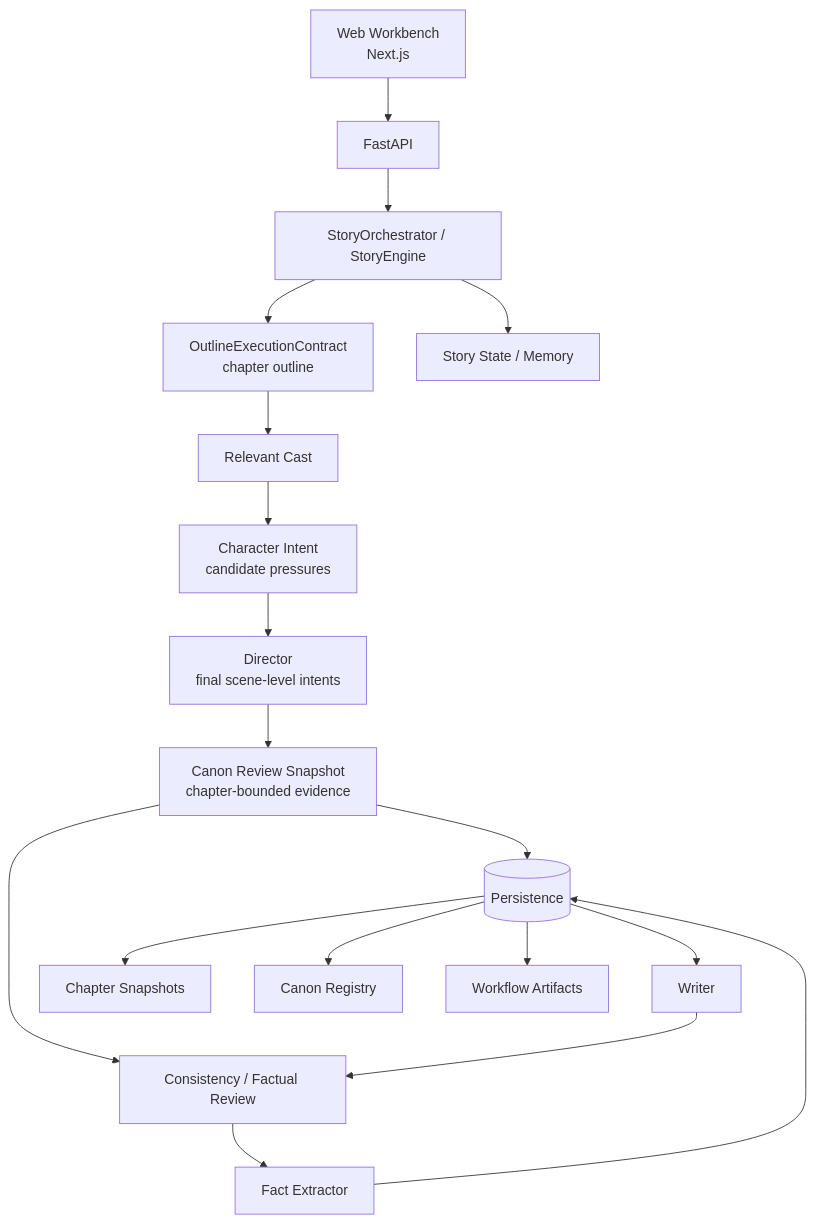
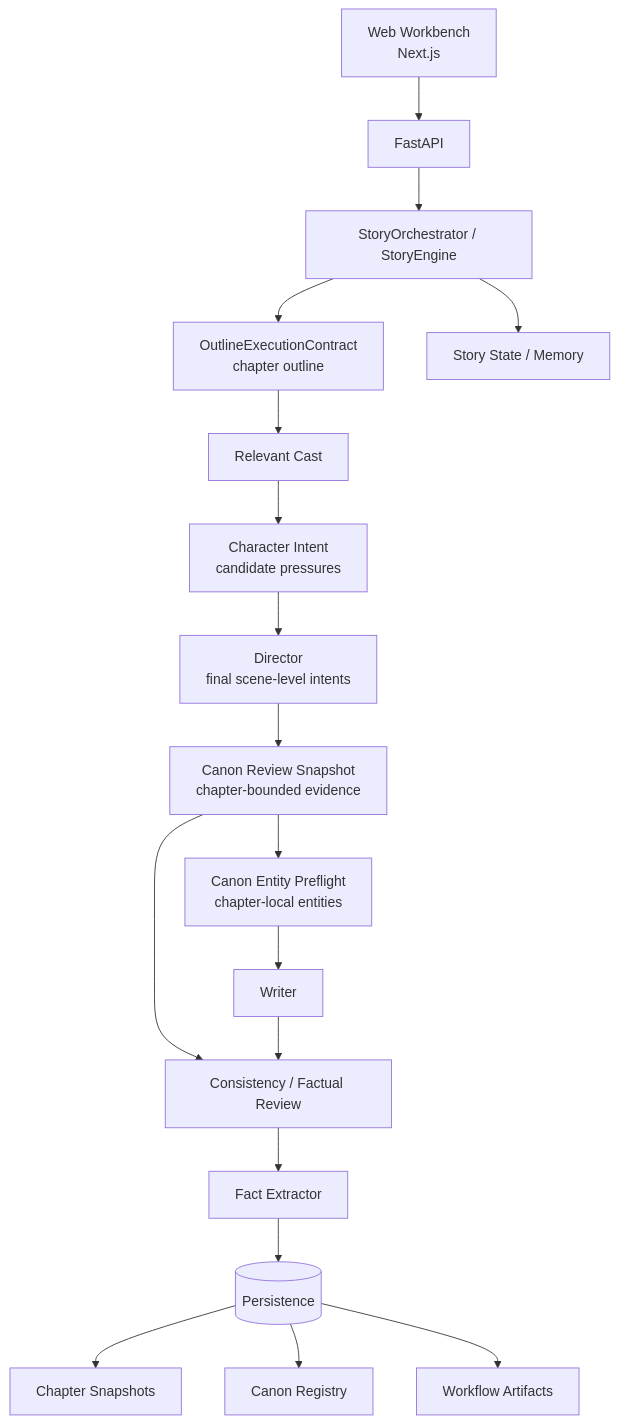
The diagram in README.md (zj3983/novelflow-engine), drawn with Mermaid before and after one commit.

Commit message:
docs: fix mermaid node ids

````diff
--- a/README.md
+++ b/README.md
@@ -47,22 +47,22 @@
 ```mermaid
 flowchart TD
     UI[Web Workbench<br/>Next.js] --> API[FastAPI]
     API --> O[StoryOrchestrator / StoryEngine]
 
     O --> CONTRACT[OutlineExecutionContract<br/>chapter outline]
     CONTRACT --> CAST[Relevant Cast]
     CAST --> INTENT[Character Intent<br/>candidate pressures]
     INTENT --> D[Director<br/>final scene-level intents]
     D --> S[Canon Review Snapshot<br/>chapter-bounded evidence]
-    S --> P[Canon Entity Preflight<br/>chapter-local entities]
-    P --> W[Writer]
+    S --> PREFLIGHT[Canon Entity Preflight<br/>chapter-local entities]
+    PREFLIGHT --> W[Writer]
     S --> R[Consistency / Factual Review]
     W --> R
     R --> F[Fact Extractor]
 
     O --> STATE[Story State / Memory]
-    F --> P[(Persistence)]
-    P --> SNAP[Chapter Snapshots]
-    P --> REG[Canon Registry]
-    P --> WF[Workflow Artifacts]
+    F --> STORE[(Persistence)]
+    STORE --> SNAP[Chapter Snapshots]
+    STORE --> REG[Canon Registry]
+    STORE --> WF[Workflow Artifacts]
 ```
````
